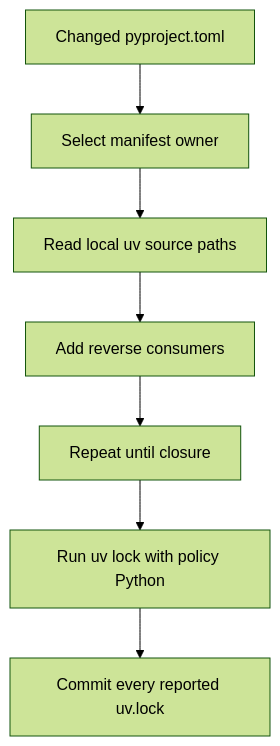
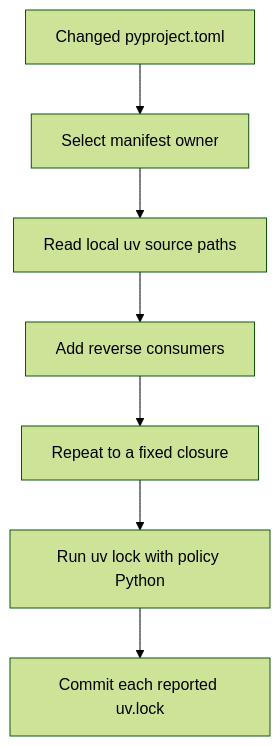
The diagram in openwiki/operations/development.md (langchain-ai/deepagents), drawn with Mermaid (forest theme) before and after one commit. The commit also changed other lines of this file and 46 other files, not shown here.

````diff
--- a/openwiki/operations/development.md
+++ b/openwiki/operations/development.md
@@ -94,9 +98,9 @@
 ```mermaid
 flowchart TD
     Change["Changed pyproject.toml"] --> Owner["Select manifest owner"]
     Owner --> Sources["Read local uv source paths"]
     Sources --> Consumers["Add reverse consumers"]
-    Consumers --> Closure["Repeat until closure"]
+    Consumers --> Closure["Repeat to a fixed closure"]
     Closure --> Resolve["Run uv lock with policy Python"]
-    Resolve --> Commit["Commit every reported uv.lock"]
+    Resolve --> Commit["Commit each reported uv.lock"]
 ```
````
